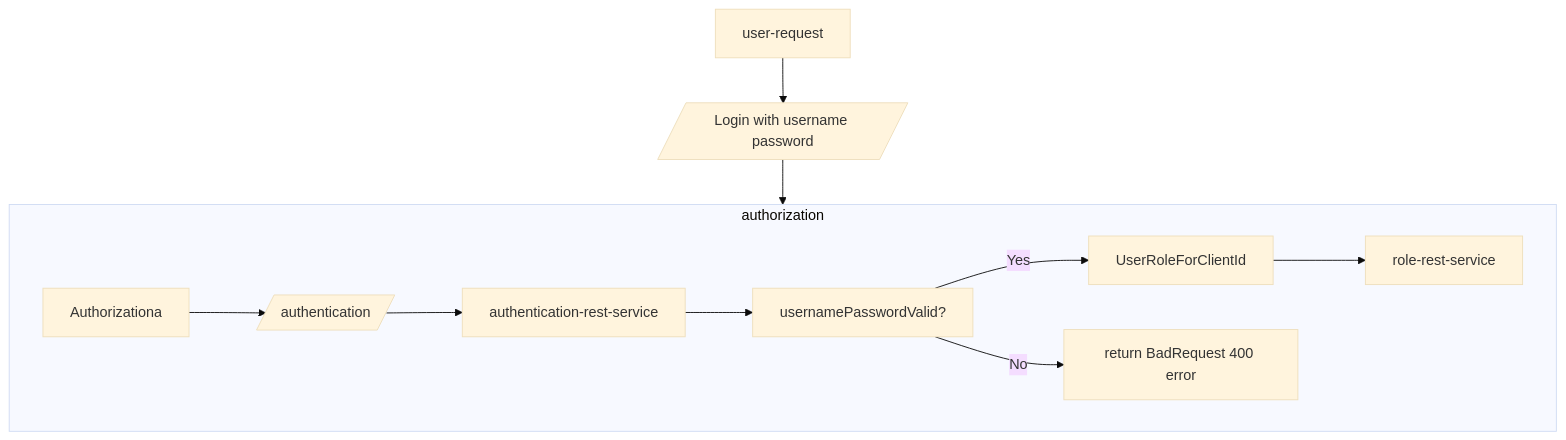
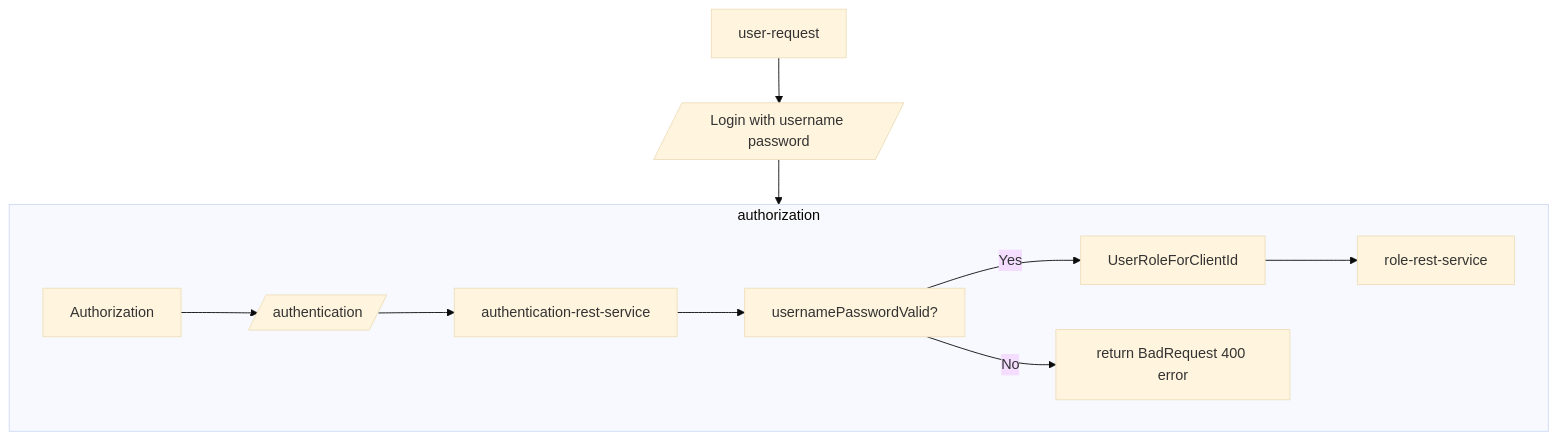
One commit to sonamsamdupkhangsar/spring-authorization-serve changed the diagram in README.md. Above: the diagram before and after it, drawn with Mermaid (base theme).

````diff
--- a/README.md
+++ b/README.md
@@ -35,12 +35,12 @@
 ```mermaid
 flowchart TD
  User[user-request] -->login[/Login with username password/]--> authorization[Authorization]
  
  subgraph authorization
- Authorizationa-->authenticate[/authentication/]--> authentication[authentication-rest-service]
+ Authorization-->authenticate[/authentication/]--> authentication[authentication-rest-service]
  authentication --> validateUsernameAndPassword["usernamePasswordValid?"]
  validateUsernameAndPassword -->|Yes| getUserRoleForClientId[UserRoleForClientId]
  validateUsernameAndPassword -->|No| returnError[return BadRequest 400 error]
  getUserRoleForClientId --> role-rest-service
  end 
 ```
````
